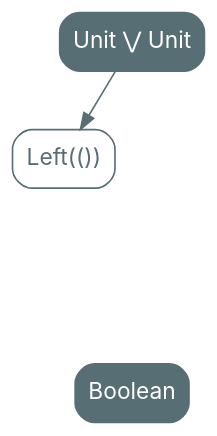
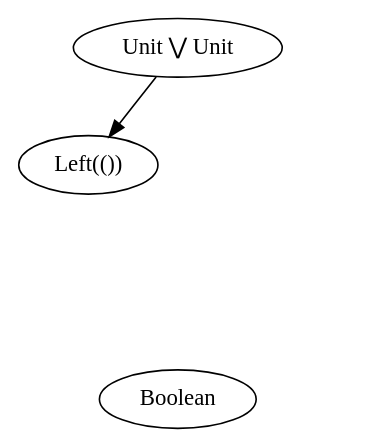
Before and after one commit to nrinaudo/far-more-adt: the diagram in src/graphviz/unit_or_unit_left.dot, drawn with Graphviz. The commit also changed 70 other files, not shown here.

Commit message:
Use graphviz stylesheets

```diff
--- a/src/graphviz/unit_or_unit_left.dot
+++ b/src/graphviz/unit_or_unit_left.dot
@@ -1,25 +1,19 @@
 digraph {
-    bgcolor=transparent
-
-    // Default theme: enabled
-    node[shape="rectangle" style="rounded,filled" color="#586E75" fillcolor="#586E75" fontcolor="#ffffff" fontname="Inter,Arial"]
-    edge [color="#586E75" fontcolor="#000000" fontname="Inter,Arial" fontsize=11]
-
     UnitOrUnit[label="Unit ⋁ Unit"]
-    Left[label="Left(())" fillcolor="#ffffff" fontcolor="#586E75"]
-    Right[label="Right(())" fillcolor="#ffffff" fontcolor="#586E75" style=invis]
+    Left[label="Left(())" class="value"]
+    Right[label="Right(())" class="value" style=invis]
 
     UnitOrUnit -> Left
     UnitOrUnit -> Right[style=invis]
 
-    true[fillcolor="#ffffff" fontcolor="#586E75" style=invis]
-    false[fillcolor="#ffffff" fontcolor="#586E75" style=invis]
+    true[class="value" style=invis]
+    false[class="value" style=invis]
 
     Left -> true[style=invis]
     true -> Left[style=invis]
     Right -> false[style=invis]
     false -> Right[style=invis]
 
     true -> Boolean[dir=back style=invis]
     false -> Boolean[dir=back style=invis]
 }
```
